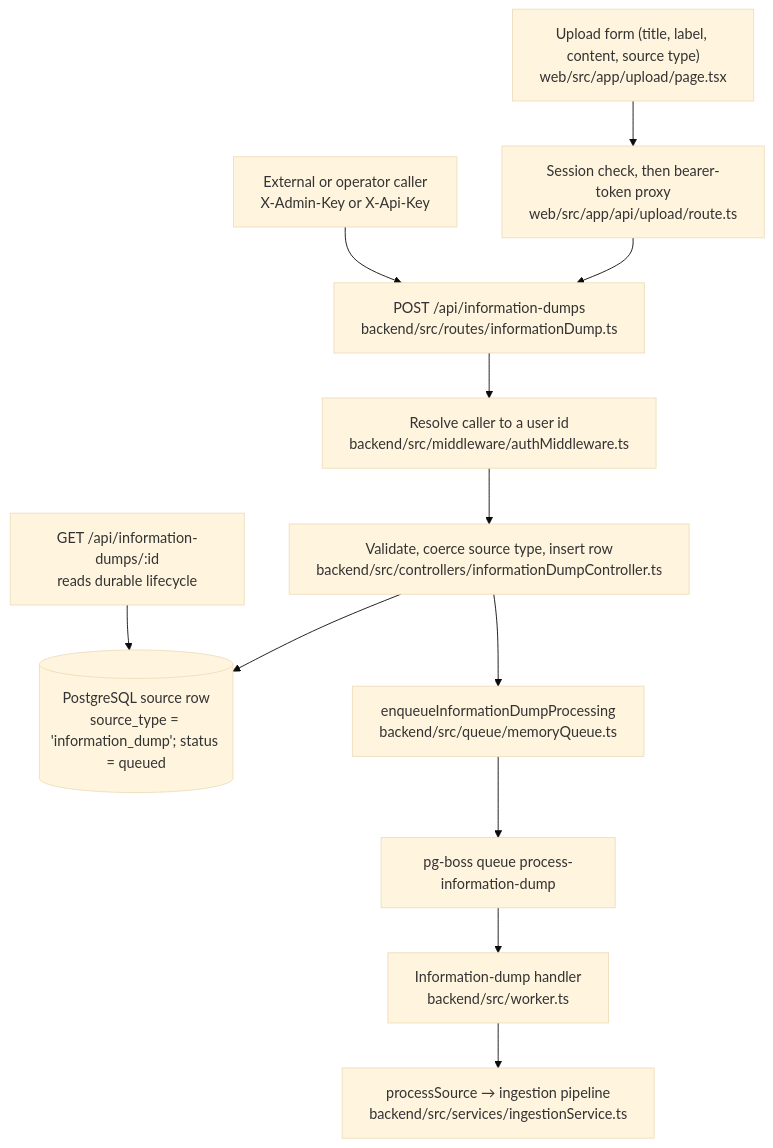
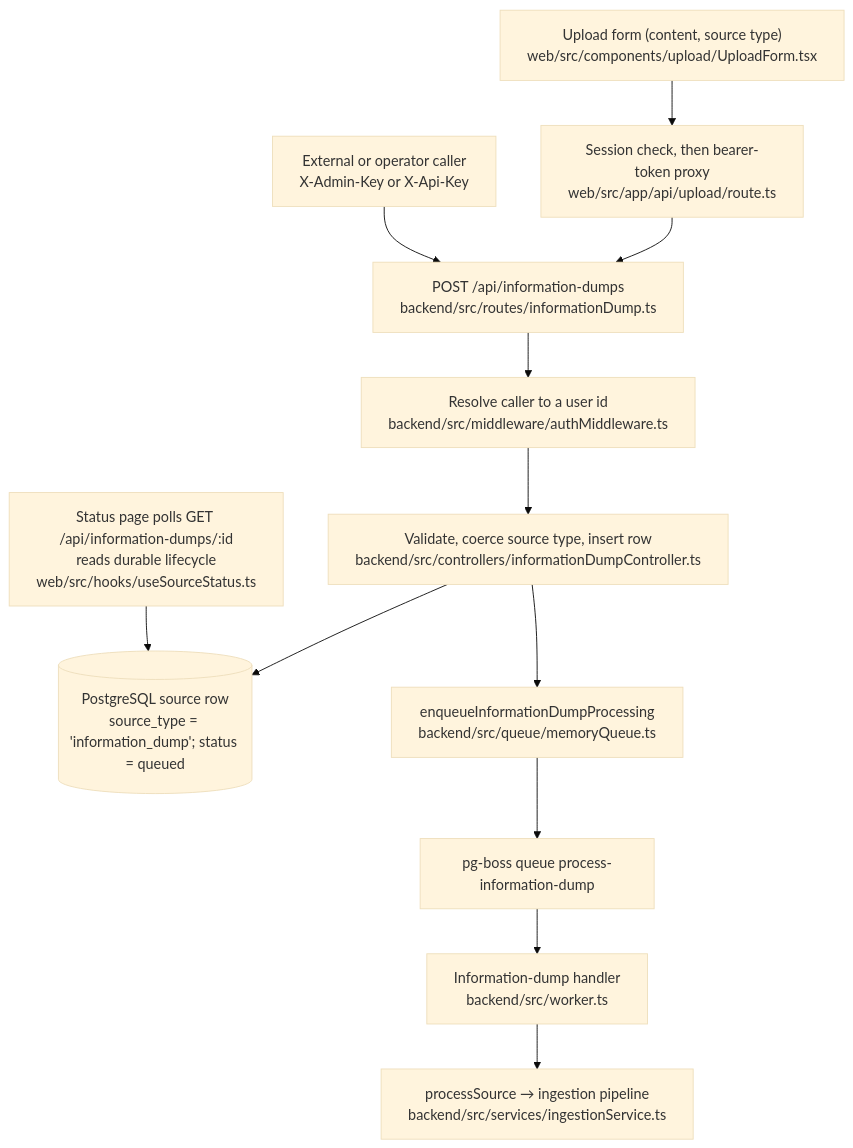
One commit to CaptainCrouton89/Saturn changed the diagram in .crouter/memory/arch/information-dumps.md. Above: the diagram before and after it, drawn with Mermaid (base theme). The commit also changed other lines of this file and 1 other file, not shown here.

Commit message:
docs(memory): rewrite the web rows of arch/information-dumps

````diff
--- a/.crouter/memory/arch/information-dumps.md
+++ b/.crouter/memory/arch/information-dumps.md
@@ -46,14 +46,14 @@
 ```mermaid
 flowchart TD
-    W1["Upload form (title, label, content, source type)<br/>web/src/app/upload/page.tsx"] --> W2["Session check, then bearer-token proxy<br/>web/src/app/api/upload/route.ts"]
+    W1["Upload form (content, source type)<br/>web/src/components/upload/UploadForm.tsx"] --> W2["Session check, then bearer-token proxy<br/>web/src/app/api/upload/route.ts"]
     W2 --> R["POST /api/information-dumps<br/>backend/src/routes/informationDump.ts"]
     X["External or operator caller<br/>X-Admin-Key or X-Api-Key"] --> R
     R --> M["Resolve caller to a user id<br/>backend/src/middleware/authMiddleware.ts"]
     M --> C["Validate, coerce source type, insert row<br/>backend/src/controllers/informationDumpController.ts"]
     C --> DB[("PostgreSQL source row<br/>source_type = 'information_dump'; status = queued")]
     C --> Q["enqueueInformationDumpProcessing<br/>backend/src/queue/memoryQueue.ts"]
     Q --> K["pg-boss queue process-information-dump"]
     K --> WK["Information-dump handler<br/>backend/src/worker.ts"]
     WK --> P["processSource → ingestion pipeline<br/>backend/src/services/ingestionService.ts"]
-    S["GET /api/information-dumps/:id<br/>reads durable lifecycle"] --> DB
+    S["Status page polls GET /api/information-dumps/:id<br/>reads durable lifecycle<br/>web/src/hooks/useSourceStatus.ts"] --> DB
 ```
````
